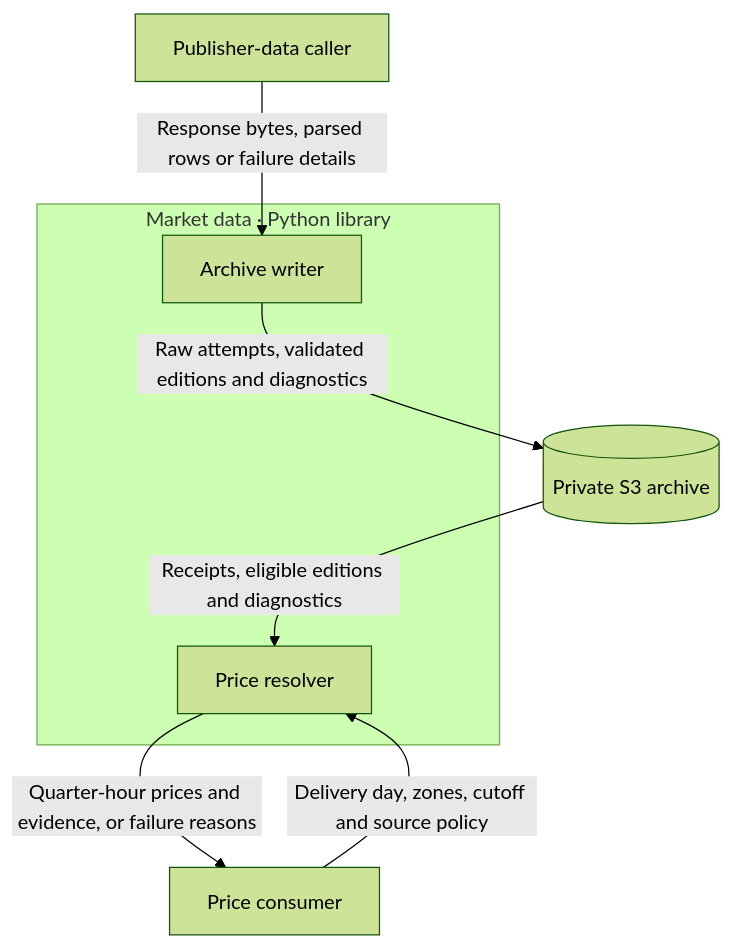
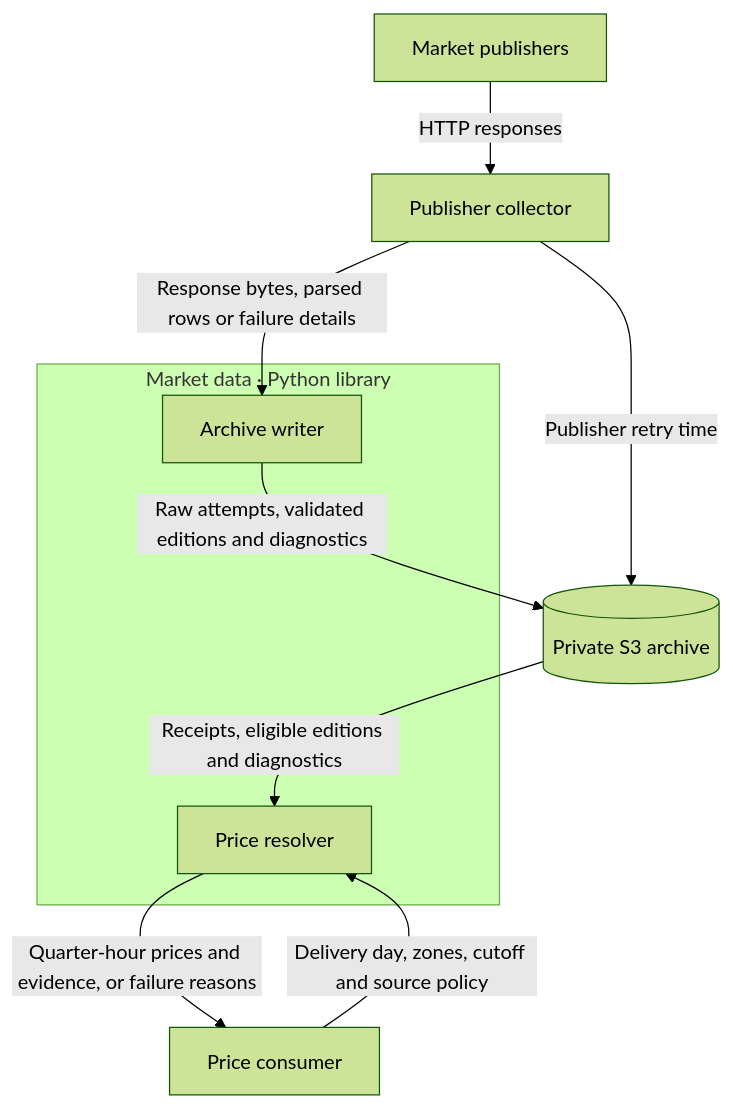
The diagram in coppersushi/pipelines/market_data/README.md (zoltanmaric/coppersushi), drawn with Mermaid (forest theme) before and after one commit. The commit also changed other lines of this file and 15 other files, not shown here.

````diff
--- a/coppersushi/pipelines/market_data/README.md
+++ b/coppersushi/pipelines/market_data/README.md
@@ -9,15 +9,16 @@
 ```mermaid
 flowchart TB
-    Caller["Publisher-data caller"]
+    Publishers["Market publishers"] -->|HTTP responses| Caller["Publisher collector"]
+    Caller -->|Publisher retry time| Archive
     Consumer["Price consumer"]
     subgraph Market["Market data · Python library"]
         Writer["Archive writer"]
         Resolver["Price resolver"]
     end
     Archive[("Private S3 archive")]
     Caller -->|Response bytes, parsed rows or failure details| Writer
     Writer -->|Raw attempts, validated editions and diagnostics| Archive
     Consumer -->|Delivery day, zones, cutoff and source policy| Resolver
     Archive -->|Receipts, eligible editions and diagnostics| Resolver
     Resolver -->|Quarter-hour prices and evidence, or failure reasons| Consumer
 ```
````
